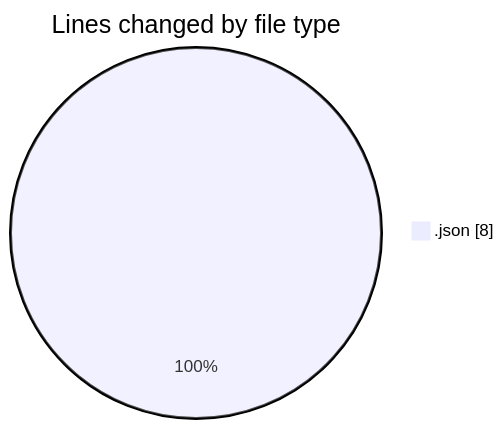
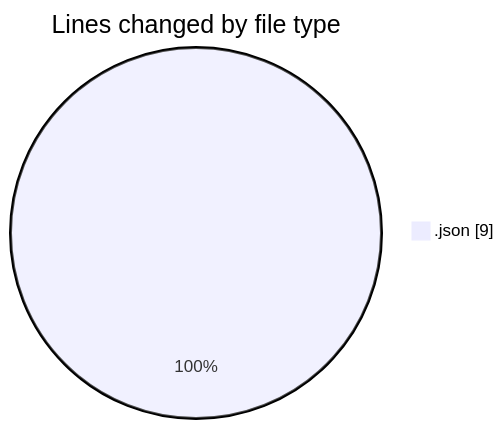
One commit to EIIisD/code-tracking changed the first of 2 diagrams in 2025-08-18/fresh_start/README.md. Above: the diagram before and after it, drawn with Mermaid. The commit also changed other lines of this file and 1 other file, not shown here.

````diff
--- a/2025-08-18/fresh_start/README.md
+++ b/2025-08-18/fresh_start/README.md
@@ -20,5 +20,5 @@
 ```mermaid
 pie showData
 title Lines changed by file type
-".json" : 8
+".json" : 9
 ```
````
